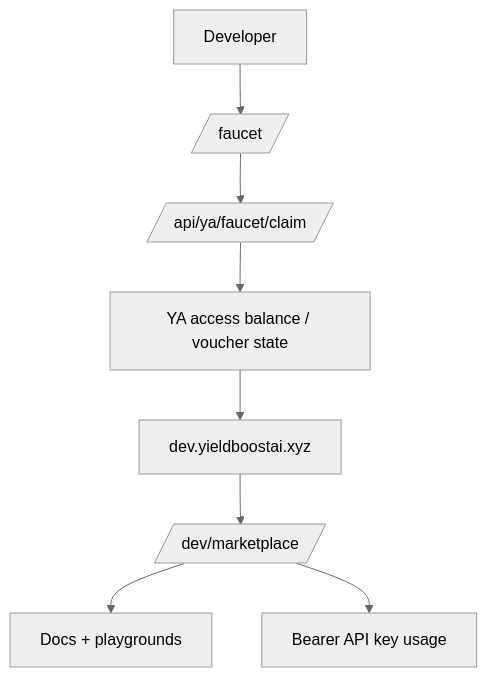
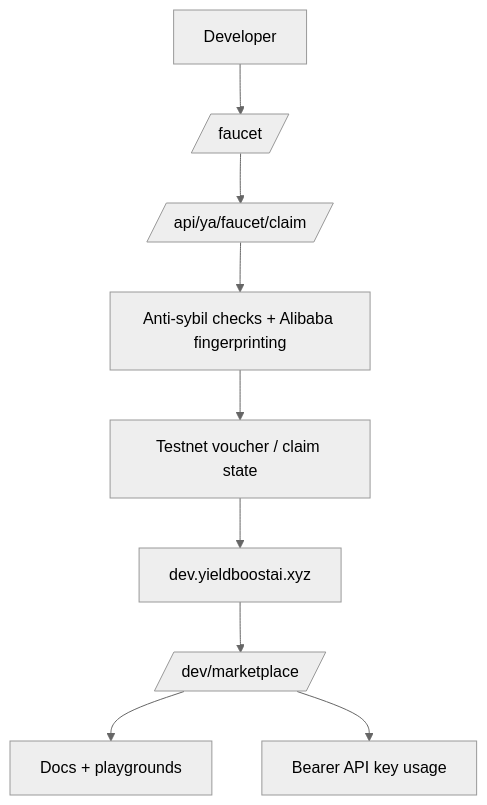
Before and after one commit to clawhubs/yieldboost: the fifth of 8 diagrams in README.md, drawn with Mermaid (neutral theme). The commit also changed other lines of this file, not shown here.

Commit message:
Clarify mainnet vs testnet architecture in README

````diff
--- a/README.md
+++ b/README.md
@@ -443,10 +489,11 @@
 ```mermaid
 flowchart TD
     DEV[Developer] --> FAUCET[/faucet/]
     FAUCET --> CLAIM[/api/ya/faucet/claim/]
-    CLAIM --> YA[YA access balance / voucher state]
-    YA --> DEVPORTAL[dev.yieldboostai.xyz]
+    CLAIM --> ABUSE[Anti-sybil checks + Alibaba fingerprinting]
+    ABUSE --> VOUCHER[Testnet voucher / claim state]
+    VOUCHER --> DEVPORTAL[dev.yieldboostai.xyz]
     DEVPORTAL --> MARKET[/dev/marketplace/]
     MARKET --> DOCS[Docs + playgrounds]
     MARKET --> APIKEY[Bearer API key usage]
 ```
````
